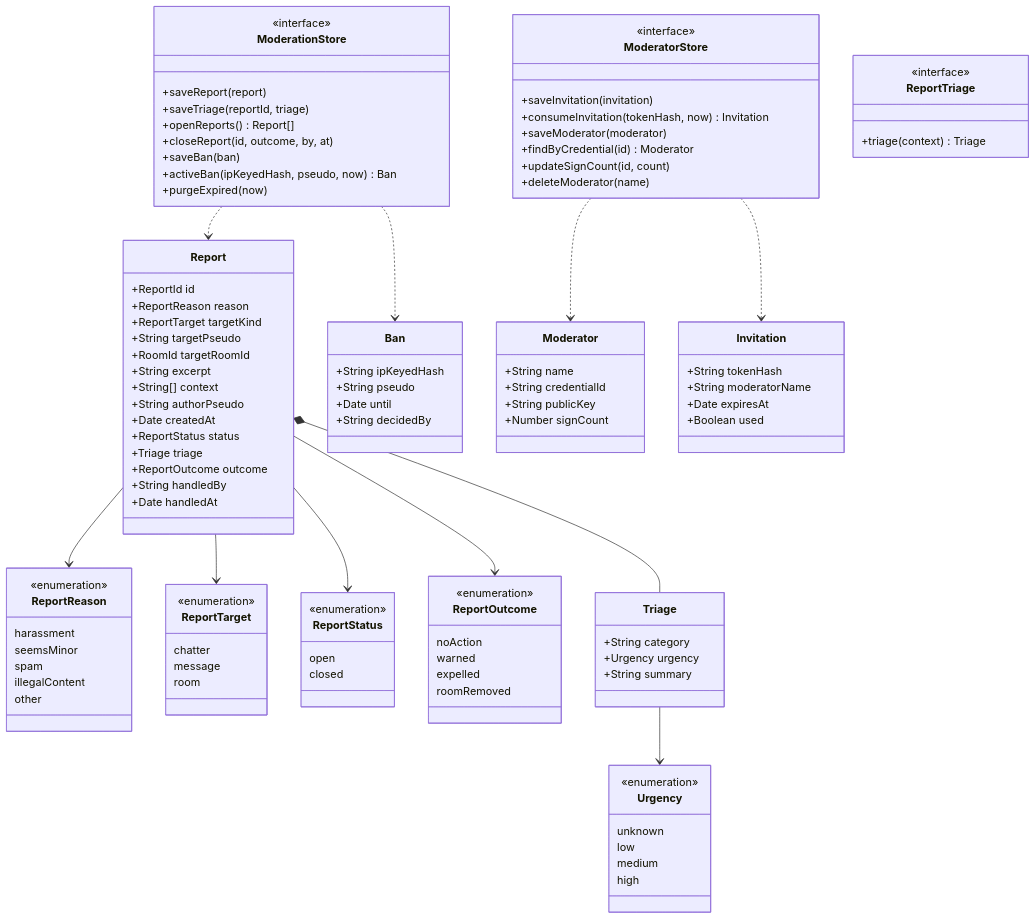
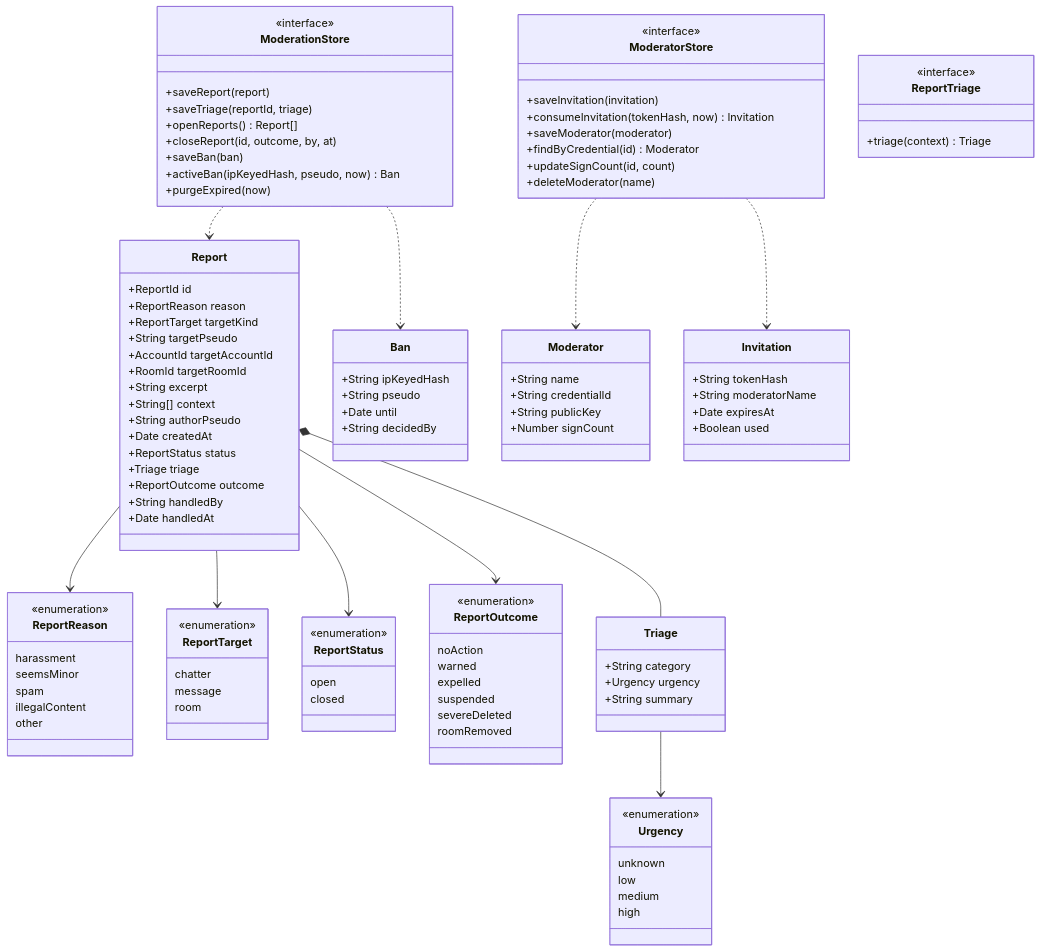
Before and after one commit to benoit-bremaud/asv: the diagram in docs/architecture/diagrams/moderation/04-class.md, drawn with Mermaid. The commit also changed other lines of this file and 43 other files, not shown here.

First line of the commit message:
docs: accounts for private messages, strikes, legal-first roadmap

```diff
--- a/docs/architecture/diagrams/moderation/04-class.md
+++ b/docs/architecture/diagrams/moderation/04-class.md
@@ -18,6 +18,7 @@
     +ReportReason reason
     +ReportTarget targetKind
     +String targetPseudo
+    +AccountId targetAccountId
     +RoomId targetRoomId
     +String excerpt
     +String[] context
@@ -53,6 +54,8 @@
     noAction
     warned
     expelled
+    suspended
+    severeDeleted
     roomRemoved
   }
   class Triage {
```
